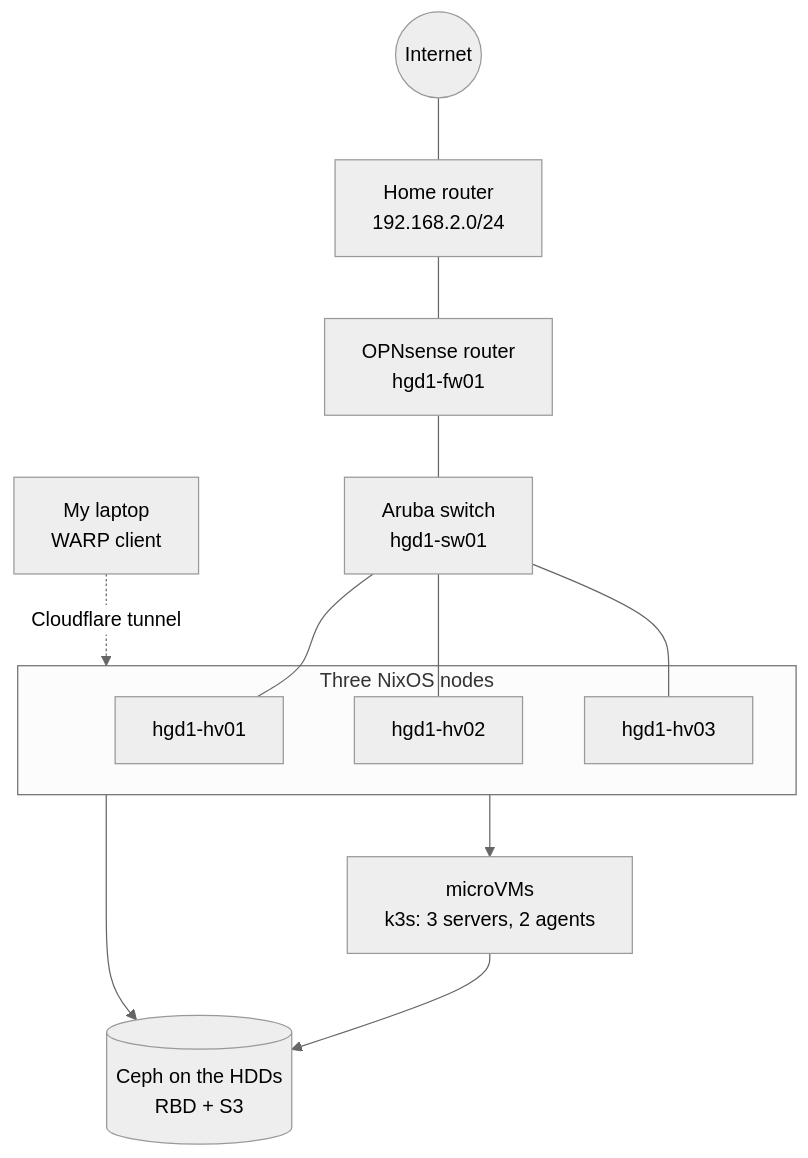
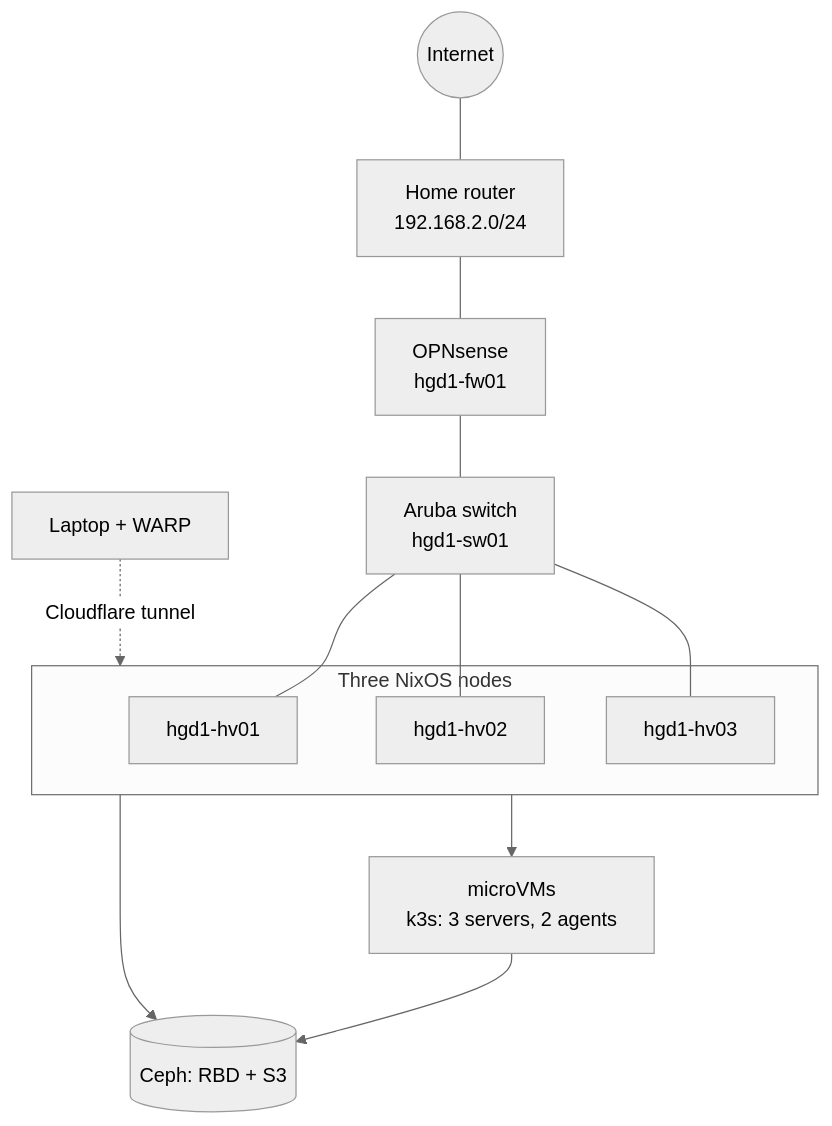
One commit to jurrebuunk/nix-cluster changed the diagram in docs/index.md. Above: the diagram before and after it, drawn with Mermaid (neutral theme). The commit also changed other lines of this file and 58 other files, not shown here.

````diff
--- a/docs/index.md
+++ b/docs/index.md
@@ -16,18 +73,16 @@
 ```mermaid
 flowchart TB
   internet((Internet)) --- home[Home router<br/>192.168.2.0/24]
-  home --- fw[OPNsense router<br/>hgd1-fw01]
+  home --- fw[OPNsense<br/>hgd1-fw01]
   fw --- sw[Aruba switch<br/>hgd1-sw01]
-  sw --- hv01[hgd1-hv01]
-  sw --- hv02[hgd1-hv02]
-  sw --- hv03[hgd1-hv03]
+  sw --- hv01[hgd1-hv01] & hv02[hgd1-hv02] & hv03[hgd1-hv03]
   subgraph cluster [Three NixOS nodes]
     hv01
     hv02
     hv03
   end
-  cluster --> ceph[(Ceph on the HDDs<br/>RBD + S3)]
+  cluster --> ceph[(Ceph: RBD + S3)]
   cluster --> vms[microVMs<br/>k3s: 3 servers, 2 agents]
   vms --> ceph
-  laptop[My laptop<br/>WARP client] -. Cloudflare tunnel .-> cluster
+  laptop[Laptop + WARP] -. Cloudflare tunnel .-> cluster
 ```
````
